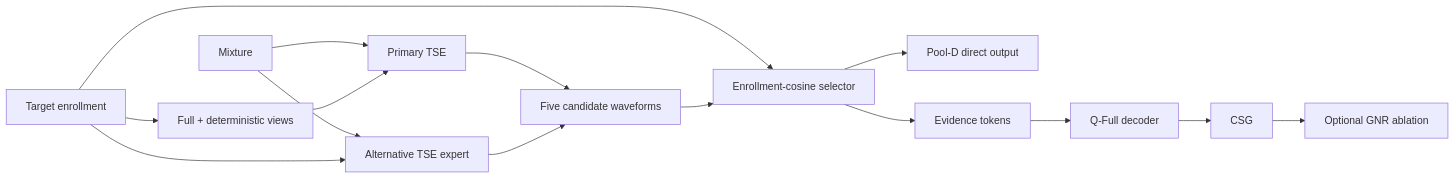
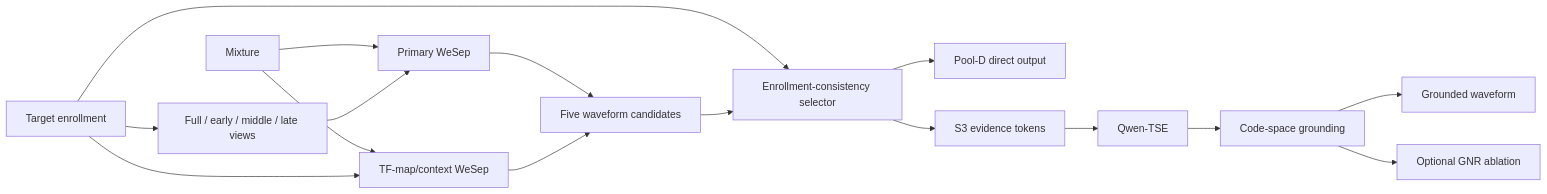
Before and after one commit to Hanyu-Meng/LLM-TSE-Grounding: the diagram in README.md, drawn with Mermaid. The commit also changed other lines of this file and 100 other files, not shown here.

````diff
--- a/README.md
+++ b/README.md
@@ -45,17 +22,18 @@
 ```mermaid
 flowchart LR
-    M[Mixture] --> P[Primary TSE]
-    M --> A[Alternative TSE expert]
-    E[Target enrollment] --> V[Full + deterministic views]
-    V --> P
-    E --> A
-    P --> C[Five candidate waveforms]
-    A --> C
-    E --> S[Enrollment-cosine selector]
+    M[Mixture] --> W1[Primary WeSep]
+    M --> W2[TF-map/context WeSep]
+    E[Target enrollment] --> V[Full / early / middle / late views]
+    V --> W1
+    E --> W2
+    W1 --> C[Five waveform candidates]
+    W2 --> C
+    E --> S[Enrollment-consistency selector]
     C --> S
     S --> D[Pool-D direct output]
-    S --> T[Evidence tokens]
-    T --> Q[Q-Full decoder]
-    Q --> G[CSG]
+    S --> Z[S3 evidence tokens]
+    Z --> Q[Qwen-TSE]
+    Q --> G[Code-space grounding]
+    G --> A[Grounded waveform]
     G --> R[Optional GNR ablation]
 ```
````
